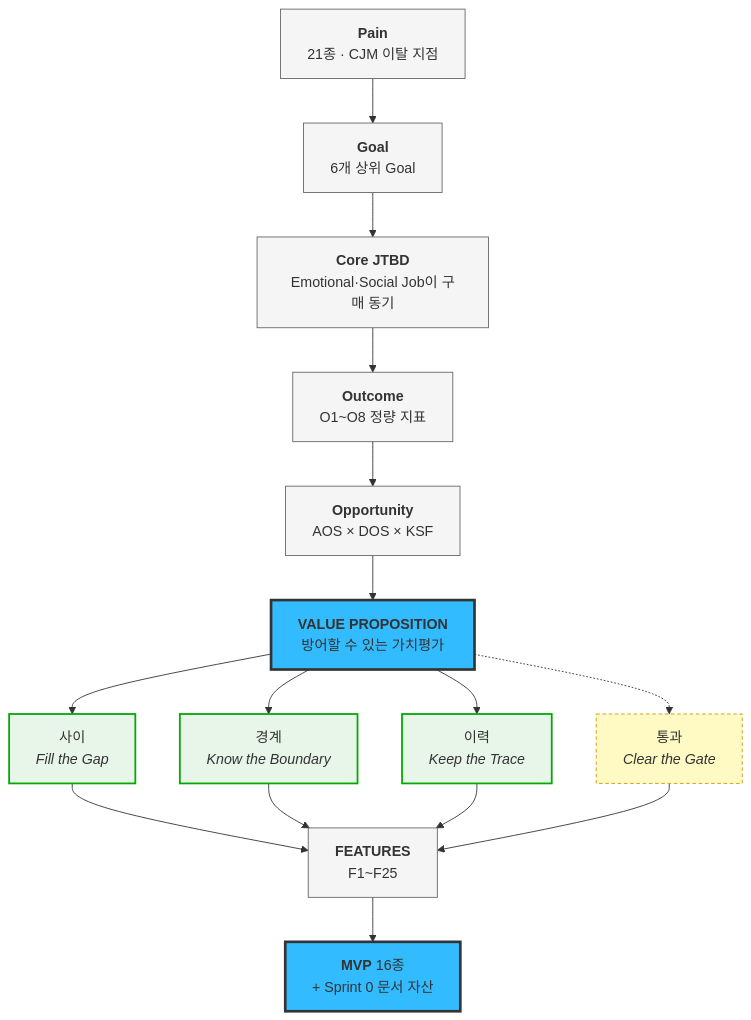
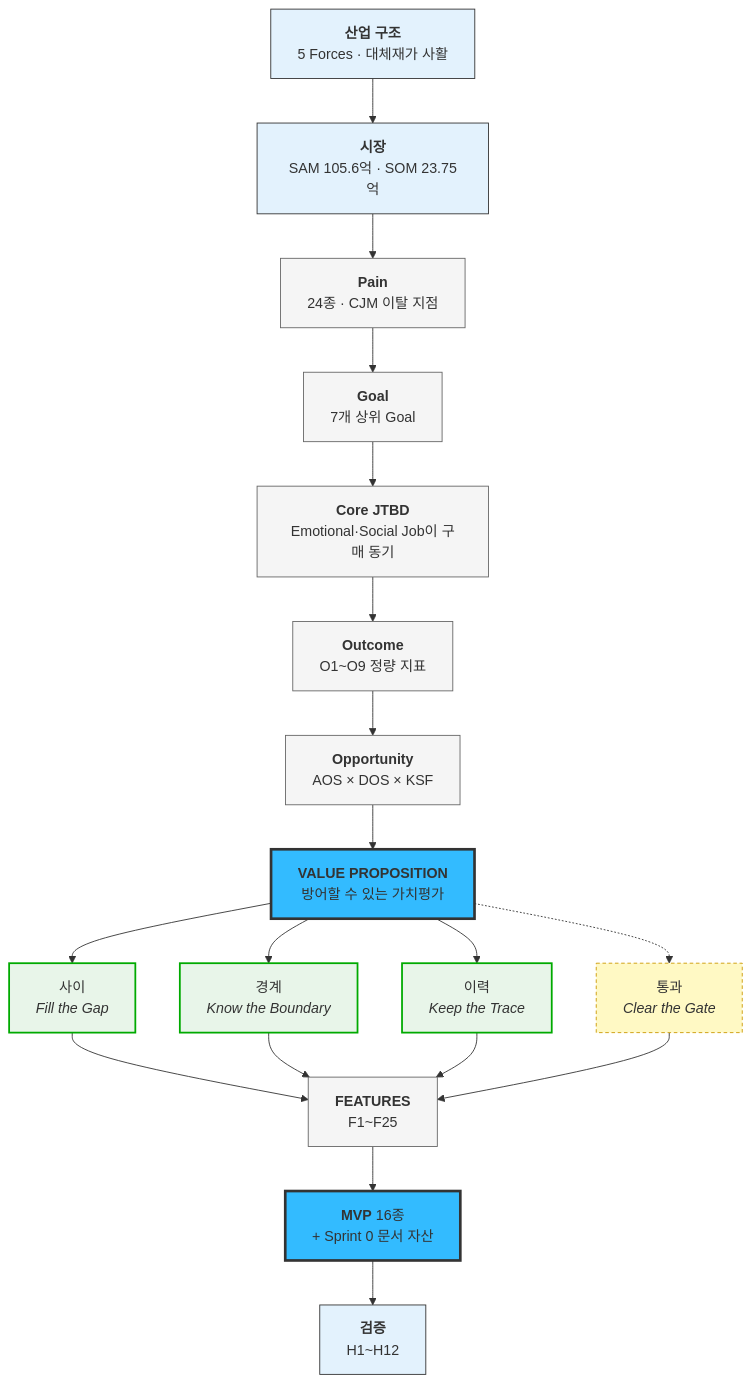
One commit to STERNYUL/business_research_202608 changed the third of 3 diagrams in 08_value-proposition/IVI-VPS-v1_0-merged.md. Above: the diagram before and after it, drawn with Mermaid. The commit also changed other lines of this file and 5 other files, not shown here.

````diff
--- a/08_value-proposition/IVI-VPS-v1_0-merged.md
+++ b/08_value-proposition/IVI-VPS-v1_0-merged.md
@@ -715,21 +1295,25 @@
 ```mermaid
 graph TB
-    P["<b>Pain</b><br/>21종 · CJM 이탈 지점"]:::a --> G["<b>Goal</b><br/>6개 상위 Goal"]:::a
+    IND["<b>산업 구조</b><br/>5 Forces · 대체재가 사활"]:::b --> SEG["<b>시장</b><br/>SAM 105.6억 · SOM 23.75억"]:::b
+    SEG --> P["<b>Pain</b><br/>24종 · CJM 이탈 지점"]:::a
+    P --> G["<b>Goal</b><br/>7개 상위 Goal"]:::a
     G --> J["<b>Core JTBD</b><br/>Emotional·Social Job이 구매 동기"]:::a
-    J --> O["<b>Outcome</b><br/>O1~O8 정량 지표"]:::a
+    J --> O["<b>Outcome</b><br/>O1~O9 정량 지표"]:::a
     O --> M["<b>Opportunity</b><br/>AOS × DOS × KSF"]:::a
     M --> V["<b>VALUE PROPOSITION</b><br/>방어할 수 있는 가치평가"]:::v
     V --> C["사이<br/><i>Fill the Gap</i>"]:::p
-    V --> B["경계<br/><i>Know the Boundary</i>"]:::p
+    V --> B2["경계<br/><i>Know the Boundary</i>"]:::p
     V --> A["이력<br/><i>Keep the Trace</i>"]:::p
     V -.-> GT["통과<br/><i>Clear the Gate</i>"]:::g
     C --> F["<b>FEATURES</b><br/>F1~F25"]:::a
-    B --> F
+    B2 --> F
     A --> F
     GT --> F
     F --> MV["<b>MVP</b> 16종<br/>+ Sprint 0 문서 자산"]:::v
+    MV --> H["<b>검증</b><br/>H1~H12"]:::b
     classDef a fill:#F5F5F5,stroke:#666;
+    classDef b fill:#E3F2FD,stroke:#333;
     classDef v fill:#33BBFF,stroke:#333,stroke-width:3px;
     classDef p fill:#E8F5E9,stroke:#0A0,stroke-width:2px;
     classDef g fill:#FFF9C4,stroke:#C90,stroke-dasharray:4 3;
 ```
````
